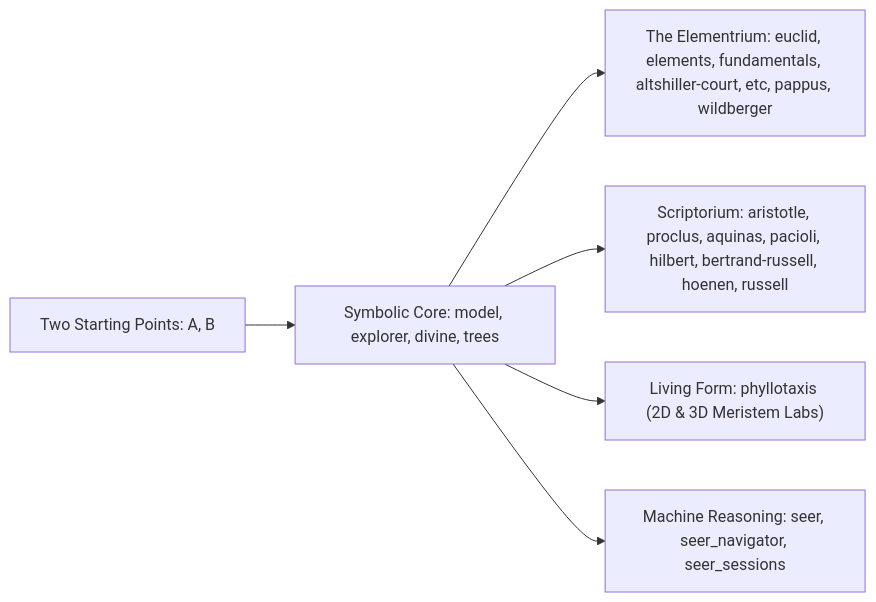
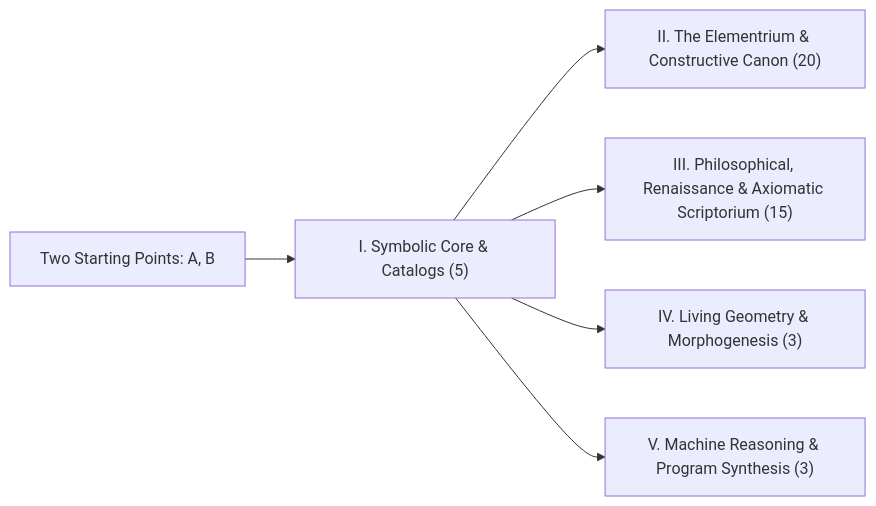
The diagram in profile/README.md (geometor/.github), drawn with Mermaid before and after one commit. The commit also changed other lines of this file, not shown here.

Commit message:
feat(profile): index all 46 GEOMETOR Book Codices and Mathematical Catalogs

````diff
--- a/profile/README.md
+++ b/profile/README.md
@@ -29,8 +32,8 @@
 ```mermaid
 flowchart LR
-    Field["Two Starting Points: A, B"] --> Core["Symbolic Core: model, explorer, divine, trees"]
-    Core --> Canon["The Elementrium: euclid, elements, fundamentals, altshiller-court, etc, pappus, wildberger"]
-    Core --> Scriptorium["Scriptorium: aristotle, proclus, aquinas, pacioli, hilbert, bertrand-russell, hoenen, russell"]
-    Core --> Nature["Living Form: phyllotaxis (2D & 3D Meristem Labs)"]
-    Core --> Mind["Machine Reasoning: seer, seer_navigator, seer_sessions"]
+    Field["Two Starting Points: A, B"] --> Core["I. Symbolic Core & Catalogs (5)"]
+    Core --> Canon["II. The Elementrium & Constructive Canon (20)"]
+    Core --> Scriptorium["III. Philosophical, Renaissance & Axiomatic Scriptorium (15)"]
+    Core --> Nature["IV. Living Geometry & Morphogenesis (3)"]
+    Core --> Mind["V. Machine Reasoning & Program Synthesis (3)"]
 ```
````
